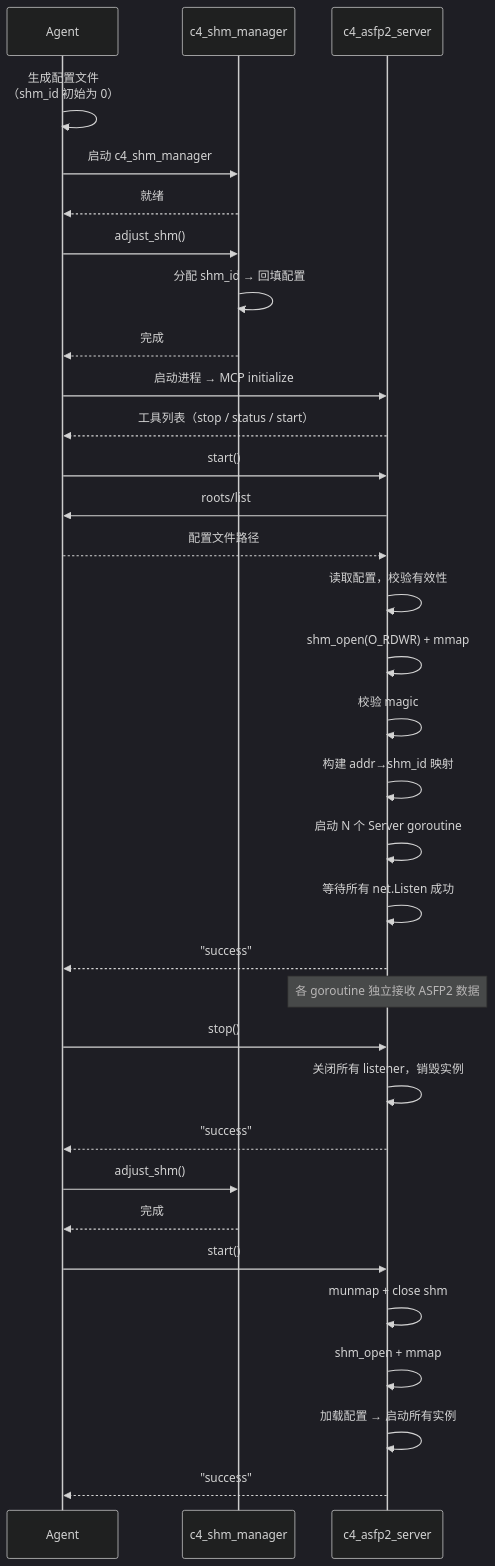
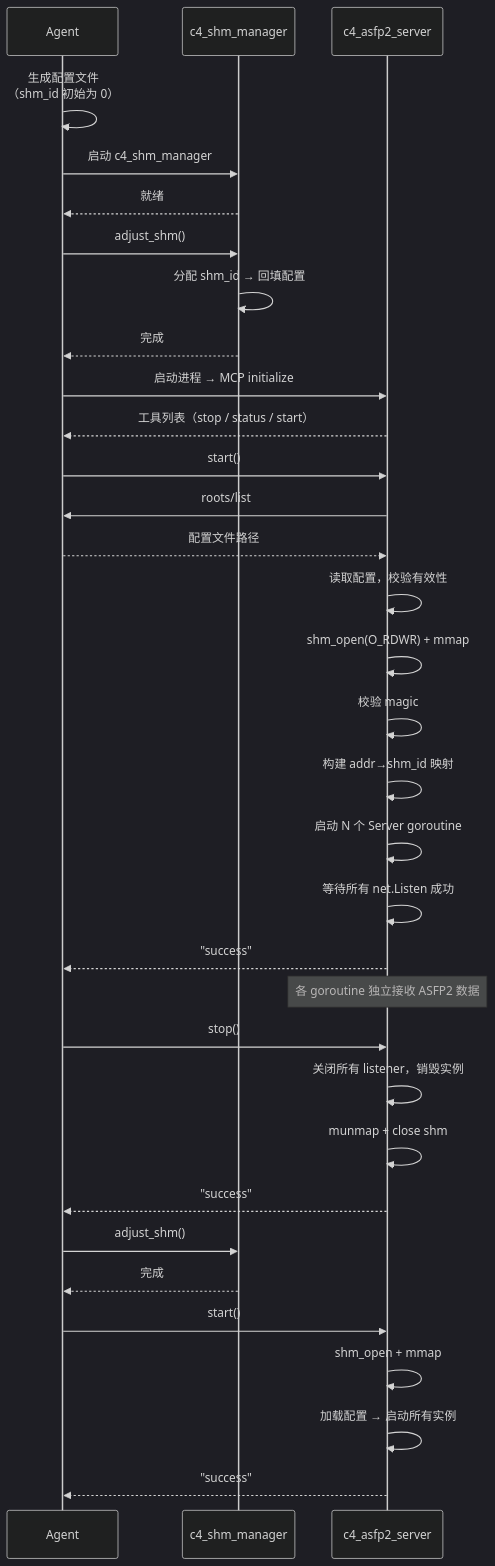
The second of 3 diagrams in docs/design/c4_asfp2_server.md (activesys/c4), drawn with Mermaid (dark theme) before and after one commit. The commit also changed other lines of this file and 19 other files, not shown here.

````diff
--- a/docs/design/c4_asfp2_server.md
+++ b/docs/design/c4_asfp2_server.md
@@ -203,40 +203,40 @@
 ```mermaid
 sequenceDiagram
     participant A as Agent
     participant SM as c4_shm_manager
     participant S as c4_asfp2_server
 
     A->>A: 生成配置文件<br/>（shm_id 初始为 0）
     A->>SM: 启动 c4_shm_manager
     SM-->>A: 就绪
     A->>SM: adjust_shm()
     SM->>SM: 分配 shm_id → 回填配置
     SM-->>A: 完成
 
     A->>S: 启动进程 → MCP initialize
     S-->>A: 工具列表（stop / status / start）
 
     A->>S: start()
     S->>A: roots/list
     A-->>S: 配置文件路径
     S->>S: 读取配置，校验有效性
     S->>S: shm_open(O_RDWR) + mmap
     S->>S: 校验 magic
     S->>S: 构建 addr→shm_id 映射
     S->>S: 启动 N 个 Server goroutine
     S->>S: 等待所有 net.Listen 成功
     S-->>A: "success"
 
     Note over S: 各 goroutine 独立接收 ASFP2 数据
 
     A->>S: stop()
     S->>S: 关闭所有 listener，销毁实例
+    S->>S: munmap + close shm
     S-->>A: "success"
     A->>SM: adjust_shm()
     SM-->>A: 完成
     A->>S: start()
-    S->>S: munmap + close shm
     S->>S: shm_open + mmap
     S->>S: 加载配置 → 启动所有实例
     S-->>A: "success"
 ```
````
